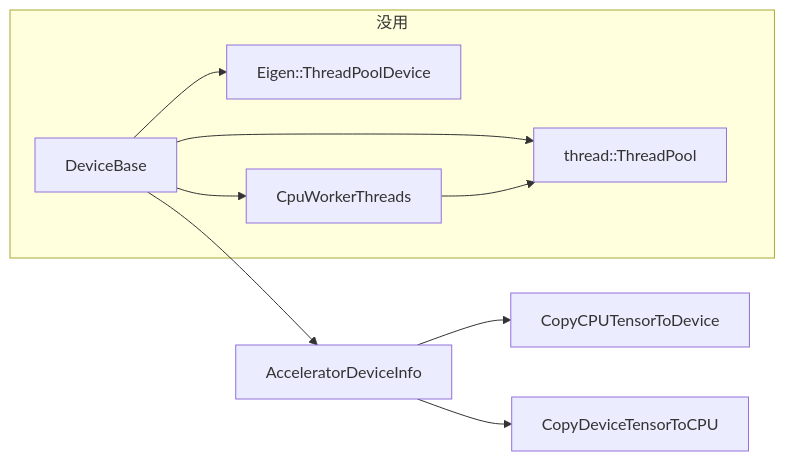
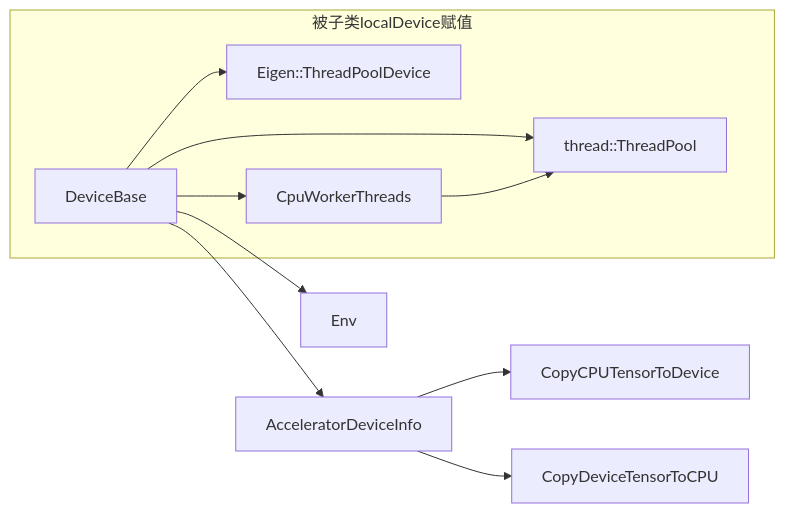
The second of 8 diagrams in tensorflow源码精读/tensorflow源码精读之Device.md (szkang1990/blog), drawn with Mermaid before and after one commit. The commit also changed other lines of this file and 7 other files, not shown here.

````diff
--- a/tensorflow源码精读/tensorflow源码精读之Device.md
+++ b/tensorflow源码精读/tensorflow源码精读之Device.md
@@ -78,12 +78,13 @@
 ```mermaid
 graph LR;
   DeviceBase --> AcceleratorDeviceInfo
   AcceleratorDeviceInfo --> CopyCPUTensorToDevice
   AcceleratorDeviceInfo --> CopyDeviceTensorToCPU
-  subgraph 没用
+  DeviceBase --> Env
+  subgraph 被子类localDevice赋值
   DeviceBase --> Eigen::ThreadPoolDevice
   DeviceBase --> CpuWorkerThreads
   DeviceBase --> thread::ThreadPool
   CpuWorkerThreads --> thread::ThreadPool 
   end
 ```
````
